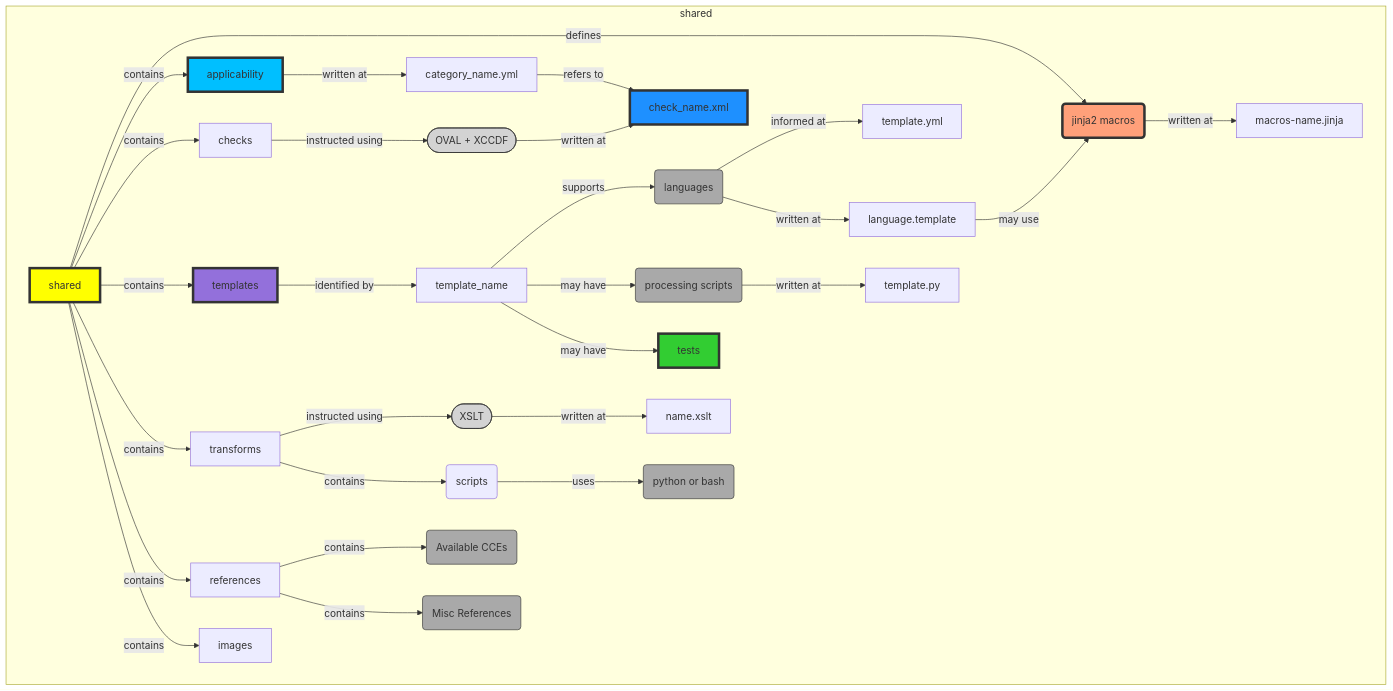
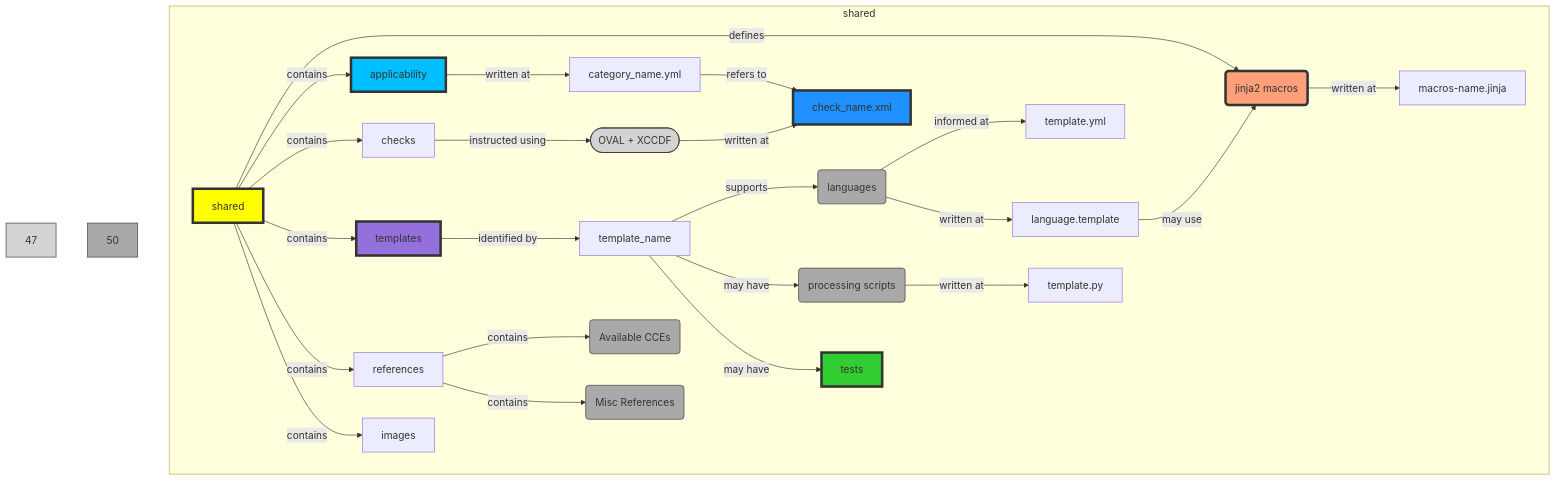
Before and after one commit to ComplianceAsCode/content: the diagram in docs/flowcharts/flowchart_shared.md, drawn with Mermaid. The commit also changed 5 other files, not shown here.

```diff
--- a/docs/flowcharts/flowchart_shared.md
+++ b/docs/flowcharts/flowchart_shared.md
@@ -9,44 +9,39 @@
 <div class="mermaid" style="width=100%;">
 flowchart TD
     subgraph shared
     30[shared] --> |defines| 31(jinja2 macros)
         31(jinja2 macros) --> |written at| 32[macros-name.jinja]
     30[shared] --> |contains| 33[applicability]
         33[applicability] --> |written at| 34[category_name.yml]
             34[category_name.yml] --> |refers to| 37[check_name.xml]
     30[shared] --> |contains| 35[checks]
         35[checks] --> |instructed using| 36([OVAL + XCCDF])
             36([OVAL + XCCDF]) --> |written at| 37[check_name.xml]
     30[shared] --> |contains| 38[templates]
         38[templates] --> |identified by| 39[template_name]
             39[template_name] --> |supports| 40(languages)
                 40(languages) --> |informed at| 41[template.yml]
                 40(languages) --> |written at| 42[language.template]
                     42[language.template] --> |may use| 31(jinja2 macros)
             39[template_name] --> |may have| 43(processing scripts)
                 43(processing scripts) --> |written at| 44[template.py]
             39[template_name] --> |may have| 45[tests]
-    30[shared] --> |contains| 46[transforms]
-        46[transforms] --> |instructed using| 47([XSLT])
-            47([XSLT]) --> |written at| 48[name.xslt]
-        46[transforms] --> |contains| 49(scripts)
-            49(scripts) --> |uses| 50(python or bash)
     30[shared] --> |contains| 51[references]
         51[references] --> |contains| 52(Available CCEs)
         51[references] --> |contains| 53(Misc References)
     30[shared] --> |contains| 54[images]
     end
     style 30 fill: #FFFF00,stroke:#333,stroke-width:4px
     style 31 fill: #FFA07A,stroke:#333,stroke-width:4px
     style 33 fill: #00BFFF,stroke:#333,stroke-width:4px
     style 36 fill: #D3D3D3,stroke:#333
     style 38 fill: #9370DB,stroke:#333,stroke-width:4px
     style 37 fill: #1E90FF,stroke:#333,stroke-width:4px
     style 47 fill: #D3D3D3,stroke:#333
     style 40 fill: #A9A9A9,stroke:#333
     style 43 fill: #A9A9A9,stroke:#333
     style 45 fill: #32CD32,stroke:#333,stroke-width:4px
     style 50 fill: #A9A9A9,stroke:#333
     style 52 fill: #A9A9A9,stroke:#333
     style 53 fill: #A9A9A9,stroke:#333
 </div>
```
